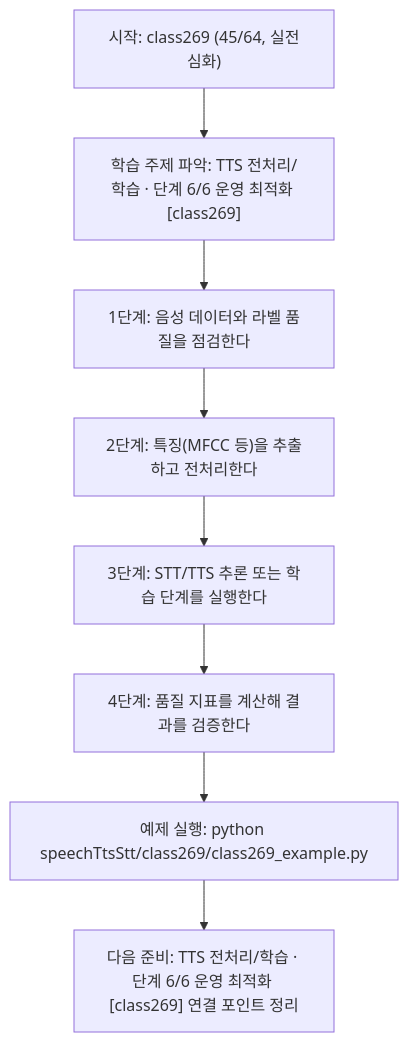
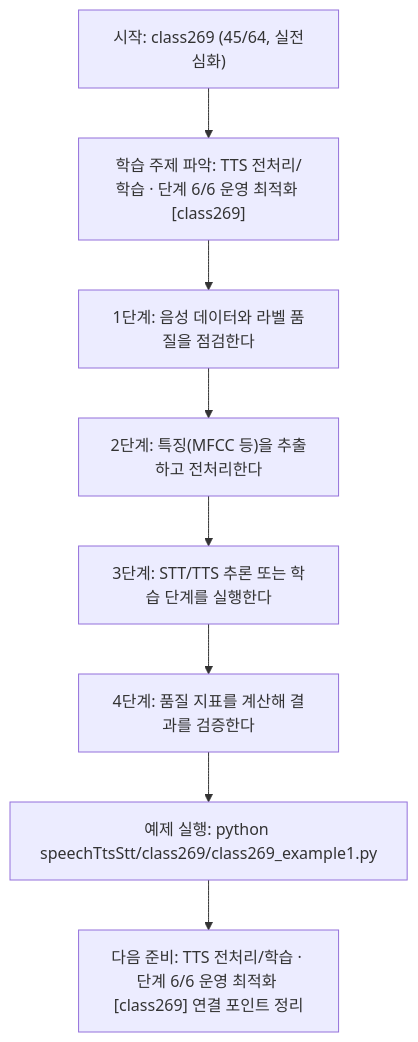
The diagram in speechTtsStt/class269/class269.md (edumgt/Python-AI_Agent-Class), drawn with Mermaid before and after one commit. The commit also changed other lines of this file and 2959 other files, not shown here.

````diff
--- a/speechTtsStt/class269/class269.md
+++ b/speechTtsStt/class269/class269.md
@@ -114,18 +114,18 @@
 ```mermaid
 flowchart TD
 N1["시작: class269 (45/64, 실전심화)"]
 N2["학습 주제 파악: TTS 전처리/학습 · 단계 6/6 운영 최적화 [class269]"]
 N3["1단계: 음성 데이터와 라벨 품질을 점검한다"]
 N4["2단계: 특징(MFCC 등)을 추출하고 전처리한다"]
 N5["3단계: STT/TTS 추론 또는 학습 단계를 실행한다"]
 N6["4단계: 품질 지표를 계산해 결과를 검증한다"]
-N7["예제 실행: python speechTtsStt/class269/class269_example.py"]
+N7["예제 실행: python speechTtsStt/class269/class269_example1.py"]
 N8["다음 준비: TTS 전처리/학습 · 단계 6/6 운영 최적화 [class269] 연결 포인트 정리"]
 N1 --> N2
 N2 --> N3
 N3 --> N4
 N4 --> N5
 N5 --> N6
 N6 --> N7
 N7 --> N8
 ```
````
